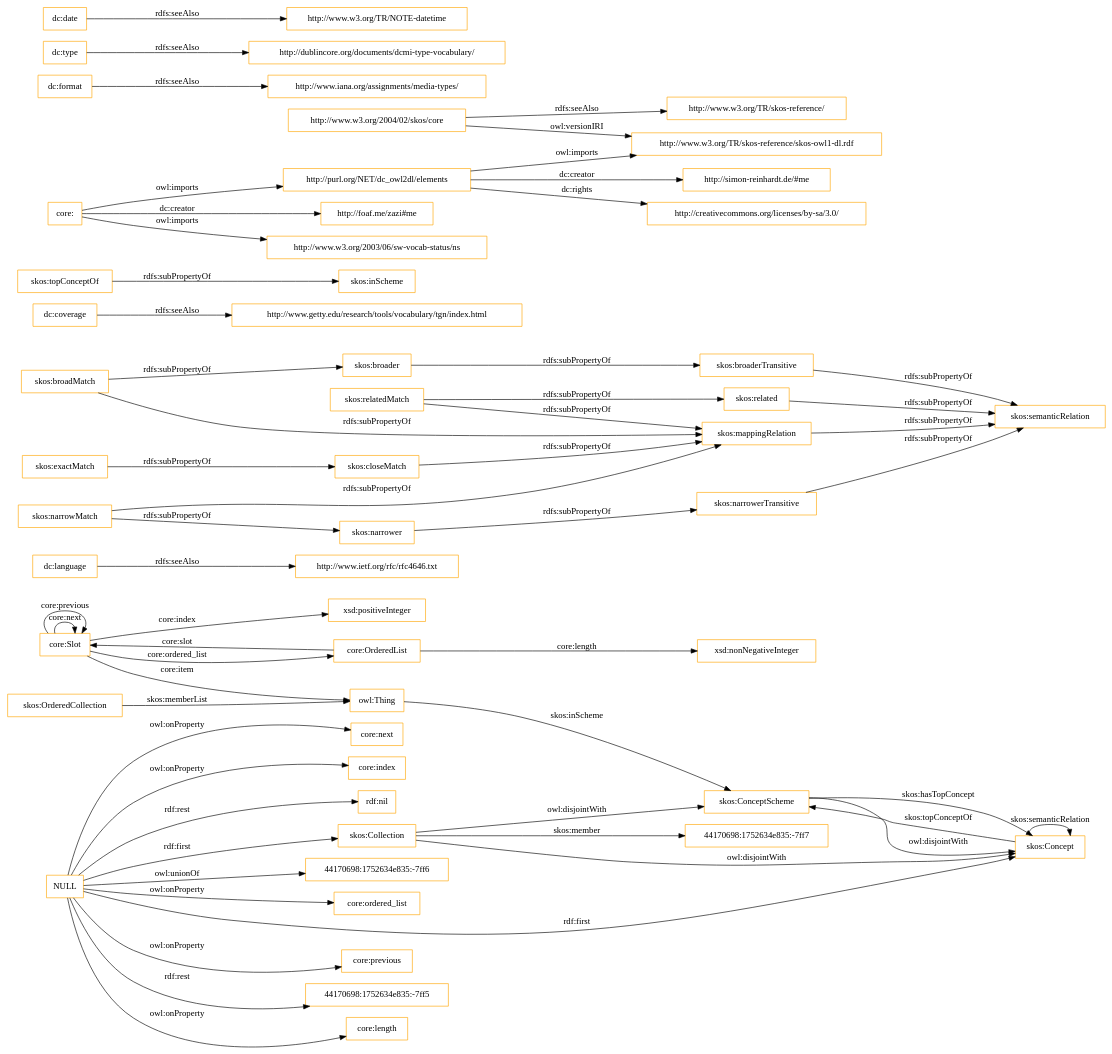
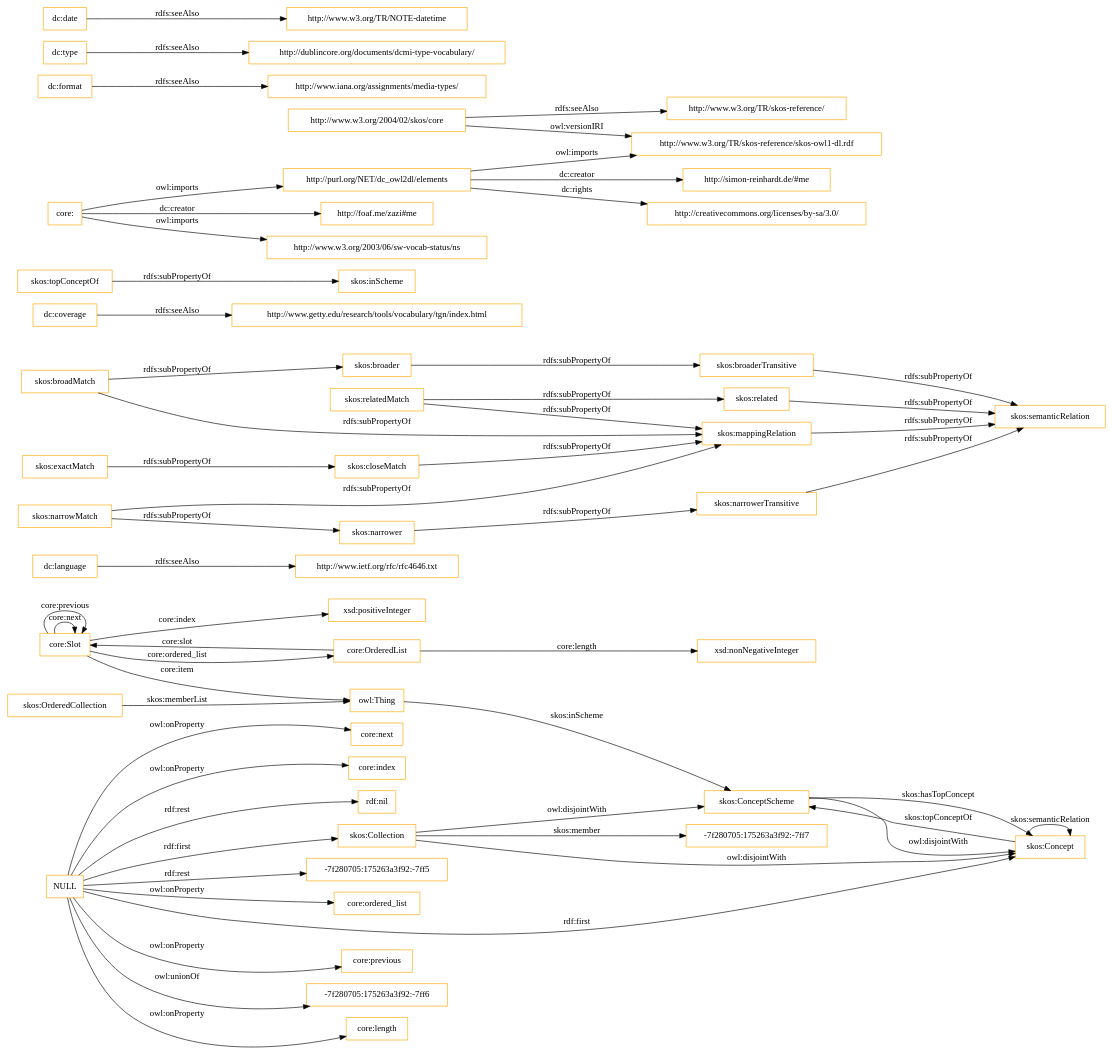
One commit to OnToologyUser/core-ontology-1 changed the diagram in OnToology/imports/core.owl/diagrams/ar2dtool-class/core.owl.png.dot. Above: the diagram before and after it, drawn with Graphviz. The commit also changed 14 other files, not shown here.

```diff
--- a/OnToology/imports/core.owl/diagrams/ar2dtool-class/core.owl.png.dot
+++ b/OnToology/imports/core.owl/diagrams/ar2dtool-class/core.owl.png.dot
@@ -1,60 +1,60 @@
 digraph ar2dtool_diagram { 
 rankdir=LR;
 size="1501"
-node [shape = rectangle, color="orange"]; "core:Slot" "core:OrderedList" "44170698:1752634e835:-7ff7" "skos:OrderedCollection" "skos:Collection" "skos:ConceptScheme" "skos:Concept" ; /*classes style*/
+node [shape = rectangle, color="orange"]; "core:Slot" "core:OrderedList" "-7f280705:175263a3f92:-7ff7" "skos:OrderedCollection" "skos:Collection" "skos:ConceptScheme" "skos:Concept" ; /*classes style*/
 	"dc:language" -> "http://www.ietf.org/rfc/rfc4646.txt" [ label = "rdfs:seeAlso" ];
 	"NULL" -> "core:previous" [ label = "owl:onProperty" ];
-	"NULL" -> "44170698:1752634e835:-7ff5" [ label = "rdf:rest" ];
+	"NULL" -> "-7f280705:175263a3f92:-7ff6" [ label = "owl:unionOf" ];
 	"NULL" -> "core:length" [ label = "owl:onProperty" ];
 	"NULL" -> "skos:Concept" [ label = "rdf:first" ];
 	"NULL" -> "core:next" [ label = "owl:onProperty" ];
 	"NULL" -> "core:index" [ label = "owl:onProperty" ];
 	"NULL" -> "rdf:nil" [ label = "rdf:rest" ];
-	"NULL" -> "44170698:1752634e835:-7ff6" [ label = "owl:unionOf" ];
+	"NULL" -> "-7f280705:175263a3f92:-7ff5" [ label = "rdf:rest" ];
 	"NULL" -> "core:ordered_list" [ label = "owl:onProperty" ];
 	"NULL" -> "skos:Collection" [ label = "rdf:first" ];
 	"skos:closeMatch" -> "skos:mappingRelation" [ label = "rdfs:subPropertyOf" ];
 	"dc:coverage" -> "http://www.getty.edu/research/tools/vocabulary/tgn/index.html" [ label = "rdfs:seeAlso" ];
 	"skos:relatedMatch" -> "skos:related" [ label = "rdfs:subPropertyOf" ];
 	"skos:relatedMatch" -> "skos:mappingRelation" [ label = "rdfs:subPropertyOf" ];
 	"skos:ConceptScheme" -> "skos:Concept" [ label = "owl:disjointWith" ];
 	"skos:related" -> "skos:semanticRelation" [ label = "rdfs:subPropertyOf" ];
 	"skos:topConceptOf" -> "skos:inScheme" [ label = "rdfs:subPropertyOf" ];
 	"skos:broadMatch" -> "skos:broader" [ label = "rdfs:subPropertyOf" ];
 	"skos:broadMatch" -> "skos:mappingRelation" [ label = "rdfs:subPropertyOf" ];
 	"http://purl.org/NET/dc_owl2dl/elements" -> "http://www.w3.org/TR/skos-reference/skos-owl1-dl.rdf" [ label = "owl:imports" ];
 	"http://purl.org/NET/dc_owl2dl/elements" -> "http://creativecommons.org/licenses/by-sa/3.0/" [ label = "dc:rights" ];
 	"http://purl.org/NET/dc_owl2dl/elements" -> "http://simon-reinhardt.de/#me" [ label = "dc:creator" ];
 	"skos:exactMatch" -> "skos:closeMatch" [ label = "rdfs:subPropertyOf" ];
 	"dc:format" -> "http://www.iana.org/assignments/media-types/" [ label = "rdfs:seeAlso" ];
 	"core:" -> "http://foaf.me/zazi#me" [ label = "dc:creator" ];
 	"core:" -> "http://www.w3.org/2003/06/sw-vocab-status/ns" [ label = "owl:imports" ];
 	"core:" -> "http://purl.org/NET/dc_owl2dl/elements" [ label = "owl:imports" ];
 	"skos:broaderTransitive" -> "skos:semanticRelation" [ label = "rdfs:subPropertyOf" ];
 	"skos:mappingRelation" -> "skos:semanticRelation" [ label = "rdfs:subPropertyOf" ];
 	"skos:broader" -> "skos:broaderTransitive" [ label = "rdfs:subPropertyOf" ];
 	"dc:type" -> "http://dublincore.org/documents/dcmi-type-vocabulary/" [ label = "rdfs:seeAlso" ];
 	"http://www.w3.org/2004/02/skos/core" -> "http://www.w3.org/TR/skos-reference/skos-owl1-dl.rdf" [ label = "owl:versionIRI" ];
 	"http://www.w3.org/2004/02/skos/core" -> "http://www.w3.org/TR/skos-reference/" [ label = "rdfs:seeAlso" ];
 	"skos:Collection" -> "skos:ConceptScheme" [ label = "owl:disjointWith" ];
 	"skos:Collection" -> "skos:Concept" [ label = "owl:disjointWith" ];
 	"skos:narrowMatch" -> "skos:narrower" [ label = "rdfs:subPropertyOf" ];
 	"skos:narrowMatch" -> "skos:mappingRelation" [ label = "rdfs:subPropertyOf" ];
 	"skos:narrower" -> "skos:narrowerTransitive" [ label = "rdfs:subPropertyOf" ];
 	"dc:date" -> "http://www.w3.org/TR/NOTE-datetime" [ label = "rdfs:seeAlso" ];
 	"skos:narrowerTransitive" -> "skos:semanticRelation" [ label = "rdfs:subPropertyOf" ];
 	"core:Slot" -> "xsd:positiveInteger" [ label = "core:index" ];
 	"skos:Concept" -> "skos:ConceptScheme" [ label = "skos:topConceptOf" ];
 	"core:Slot" -> "owl:Thing" [ label = "core:item" ];
 	"core:OrderedList" -> "xsd:nonNegativeInteger" [ label = "core:length" ];
 	"core:OrderedList" -> "core:Slot" [ label = "core:slot" ];
-	"skos:Collection" -> "44170698:1752634e835:-7ff7" [ label = "skos:member" ];
+	"skos:Collection" -> "-7f280705:175263a3f92:-7ff7" [ label = "skos:member" ];
 	"core:Slot" -> "core:Slot" [ label = "core:next" ];
 	"skos:ConceptScheme" -> "skos:Concept" [ label = "skos:hasTopConcept" ];
 	"owl:Thing" -> "skos:ConceptScheme" [ label = "skos:inScheme" ];
 	"core:Slot" -> "core:Slot" [ label = "core:previous" ];
 	"skos:OrderedCollection" -> "owl:Thing" [ label = "skos:memberList" ];
 	"skos:Concept" -> "skos:Concept" [ label = "skos:semanticRelation" ];
 	"core:Slot" -> "core:OrderedList" [ label = "core:ordered_list" ];
 
 }
```
